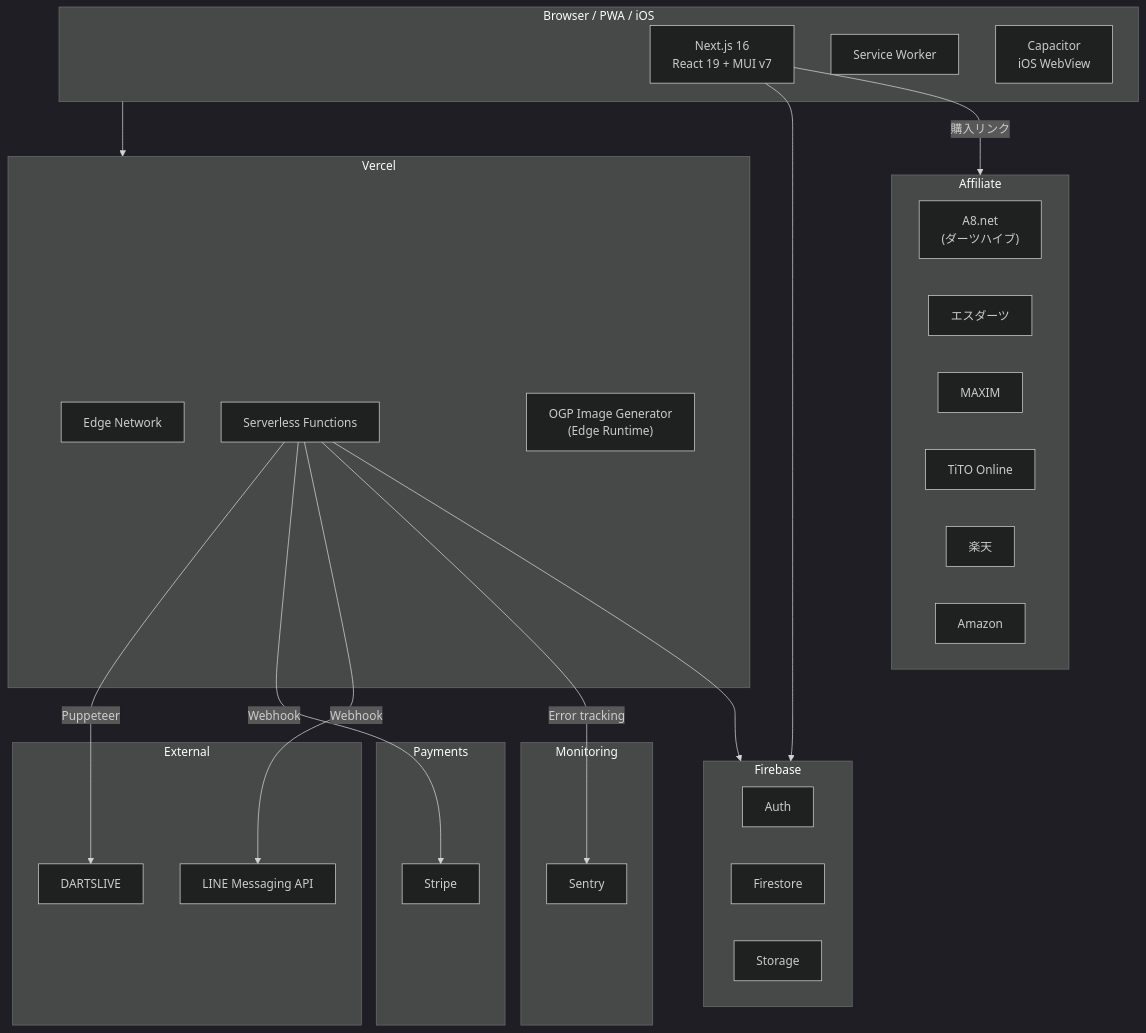
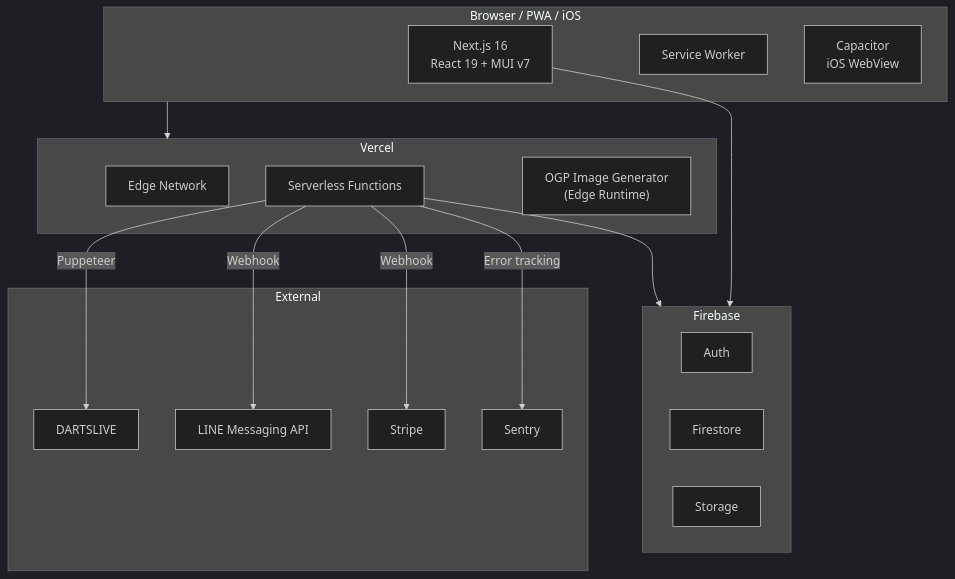
Before and after one commit to seiryuu1215/darts-app: the diagram in README.md, drawn with Mermaid (dark theme). The commit also changed other lines of this file and 7 other files, not shown here.

````diff
--- a/README.md
+++ b/README.md
@@ -178,51 +88,35 @@
 ```mermaid
 graph TB
     subgraph Client["Browser / PWA / iOS"]
         App["Next.js 16<br/>React 19 + MUI v7"]
         SW["Service Worker"]
         Cap["Capacitor<br/>iOS WebView"]
     end
 
     subgraph Vercel
         Edge["Edge Network"]
         SF["Serverless Functions"]
         OG["OGP Image Generator<br/>(Edge Runtime)"]
     end
 
     subgraph Firebase
         Auth["Auth"]
         FS["Firestore"]
         ST["Storage"]
     end
 
-    subgraph Payments
-        Stripe["Stripe"]
-    end
-
-    subgraph Monitoring
-        Sentry["Sentry"]
-    end
-
     subgraph External
         DL["DARTSLIVE"]
         LINE["LINE Messaging API"]
-    end
-
-    subgraph Affiliate
-        A8["A8.net<br/>(ダーツハイブ)"]
-        SD["エスダーツ"]
-        MX["MAXIM"]
-        TT["TiTO Online"]
-        RK["楽天"]
-        AZ["Amazon"]
+        Stripe["Stripe"]
+        Sentry["Sentry"]
     end
 
     Client --> Vercel
     SF --> Firebase
     SF -->|Puppeteer| DL
     SF -->|Webhook| Stripe
     SF -->|Webhook| LINE
     SF -->|Error tracking| Sentry
     App --> Firebase
-    App -->|購入リンク| Affiliate
 ```
````
